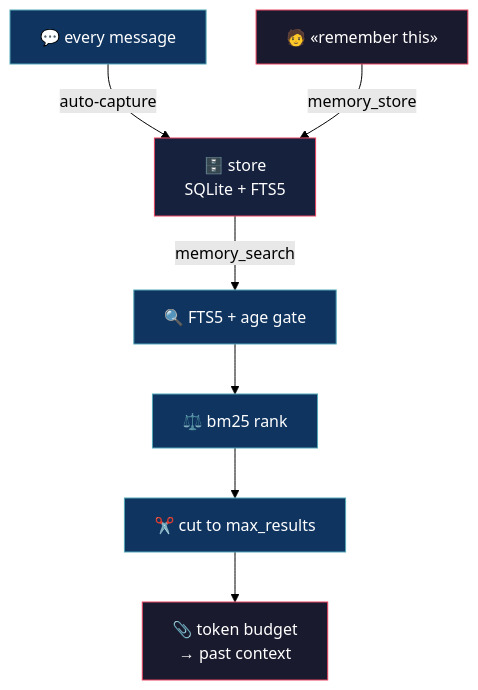
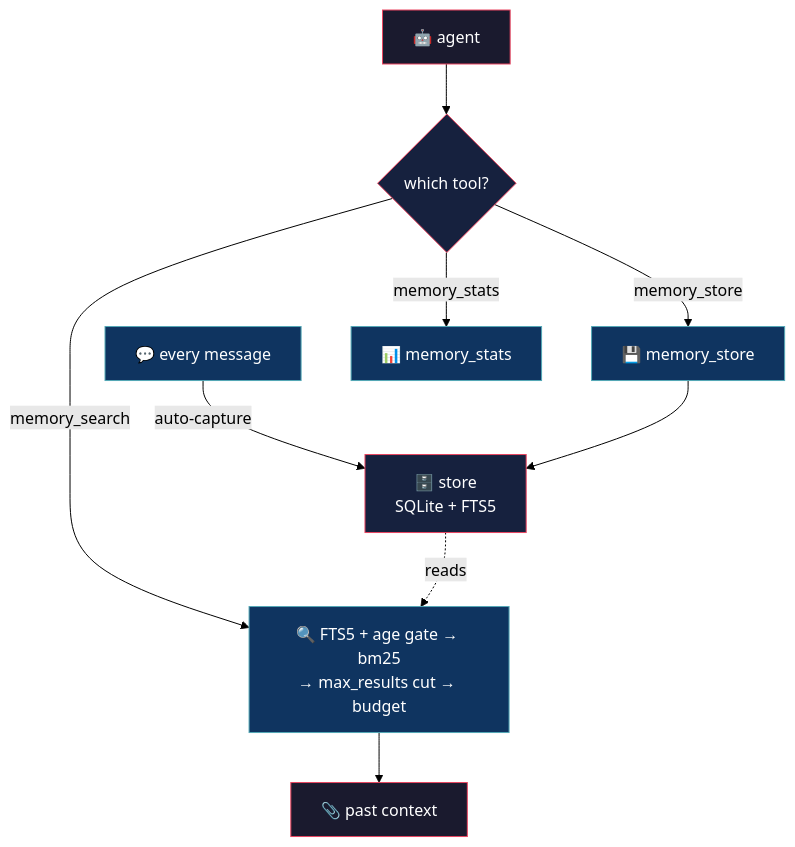
One commit to alejo54dev/opencode-deep-memory changed the diagram in README.md. Above: the diagram before and after it, drawn with Mermaid (forest theme).

Commit message:
docs: deep-memory — README diagram centered on the agent (decision diamond)

````diff
--- a/README.md
+++ b/README.md
@@ -41,17 +41,23 @@
 ```mermaid
 flowchart TD
+    AGENT["🤖 agent"] --> D{"which tool?"}
+
     MSG["💬 every message"] -->|"auto-capture"| STORE["🗄️ store<br/>SQLite + FTS5"]
-    SAY["🧑 «remember this»"] -->|"memory_store"| STORE
-    STORE -->|"memory_search"| FTS["🔍 FTS5 + age gate"]
-    FTS --> RANK["⚖️ bm25 rank"]
-    RANK --> CUT["✂️ cut to max_results"]
-    CUT --> OUT["📎 token budget<br/>→ past context"]
 
+    D -->|"memory_search"| READ["🔍 FTS5 + age gate → bm25<br/>→ max_results cut → budget"]
+    D -->|"memory_store"| WRITE["💾 memory_store"]
+    D -->|"memory_stats"| STATS["📊 memory_stats"]
+
+    WRITE --> STORE
+    STORE -. "reads" .-> READ
+    READ --> OUT["📎 past context"]
+
+    style AGENT fill:#1a1a2e,stroke:#e94560,color:#fff
+    style D fill:#16213e,stroke:#e94560,color:#fff
     style MSG fill:#0f3460,stroke:#53a8b6,color:#fff
-    style SAY fill:#1a1a2e,stroke:#e94560,color:#fff
     style STORE fill:#16213e,stroke:#e94560,color:#fff
-    style FTS fill:#0f3460,stroke:#53a8b6,color:#fff
-    style RANK fill:#0f3460,stroke:#53a8b6,color:#fff
-    style CUT fill:#0f3460,stroke:#53a8b6,color:#fff
+    style READ fill:#0f3460,stroke:#53a8b6,color:#fff
+    style WRITE fill:#0f3460,stroke:#53a8b6,color:#fff
+    style STATS fill:#0f3460,stroke:#53a8b6,color:#fff
     style OUT fill:#1a1a2e,stroke:#e94560,color:#fff
 ```
````
